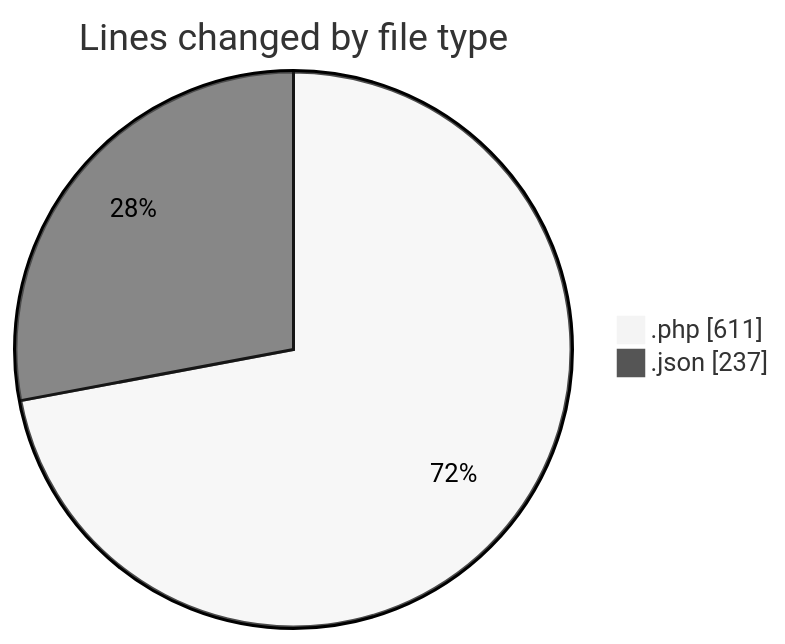
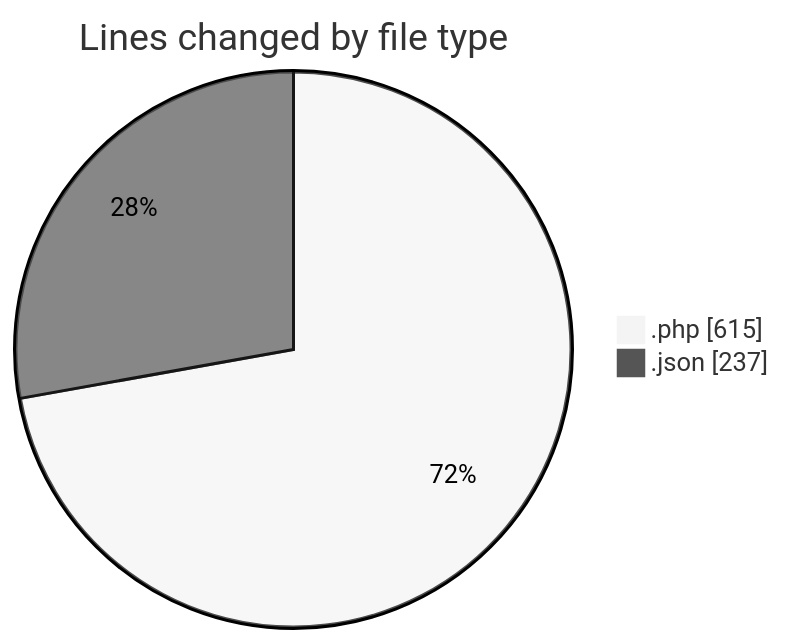
Before and after one commit to idhammustaqopulfikri/code-tracking: the first of 2 diagrams in 2025-06-16/studio-backend/README.md, drawn with Mermaid (neutral theme). The commit also changed other lines of this file and 1 other file, not shown here.

````diff
--- a/2025-06-16/studio-backend/README.md
+++ b/2025-06-16/studio-backend/README.md
@@ -23,6 +23,6 @@
 ```mermaid
 pie showData
 title Lines changed by file type
-".php" : 611
+".php" : 615
 ".json" : 237
 ```
````
